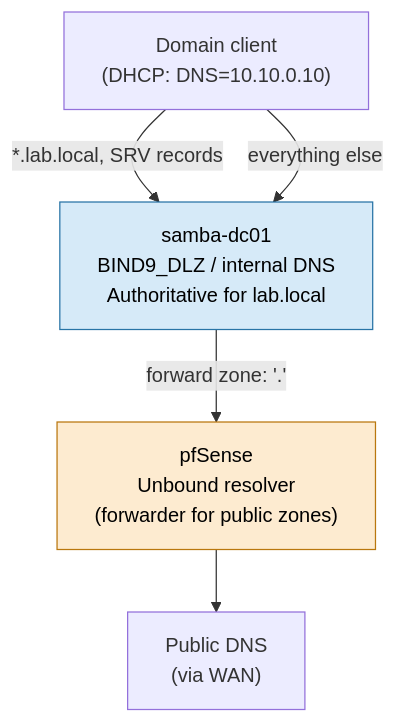
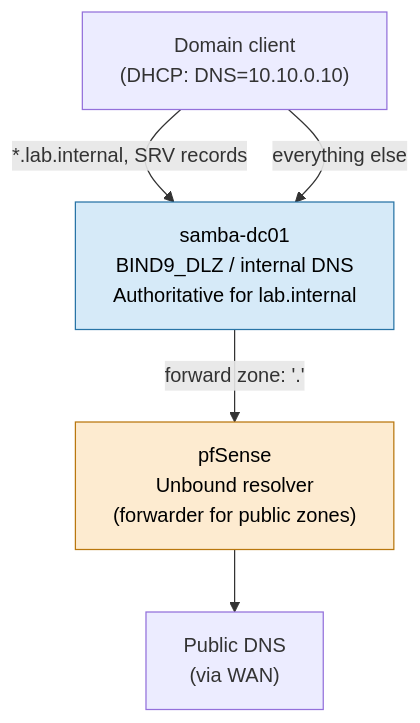
The diagram in diagrams/dns-architecture.md (LibreOpsLab/lab-small-business), drawn with Mermaid before and after one commit. The commit also changed other lines of this file and 105 other files, not shown here.

````diff
--- a/diagrams/dns-architecture.md
+++ b/diagrams/dns-architecture.md
@@ -9,17 +9,17 @@
 ```mermaid
 flowchart TB
     CLIENT["Domain client\n(DHCP: DNS=10.10.0.10)"]
-    DC["samba-dc01\nBIND9_DLZ / internal DNS\nAuthoritative for lab.local"]
+    DC["samba-dc01\nBIND9_DLZ / internal DNS\nAuthoritative for lab.internal"]
     PFSENSE["pfSense\nUnbound resolver\n(forwarder for public zones)"]
     PUBLIC["Public DNS\n(via WAN)"]
 
-    CLIENT -->|"*.lab.local, SRV records"| DC
+    CLIENT -->|"*.lab.internal, SRV records"| DC
     CLIENT -->|"everything else"| DC
     DC -->|"forward zone: '.' "| PFSENSE
     PFSENSE --> PUBLIC
 
     classDef auth fill:#d6eaf8,stroke:#2874a6,color:#000
     classDef fwd fill:#fdebd0,stroke:#b9770e,color:#000
     class DC auth
     class PFSENSE fwd
 ```
````
